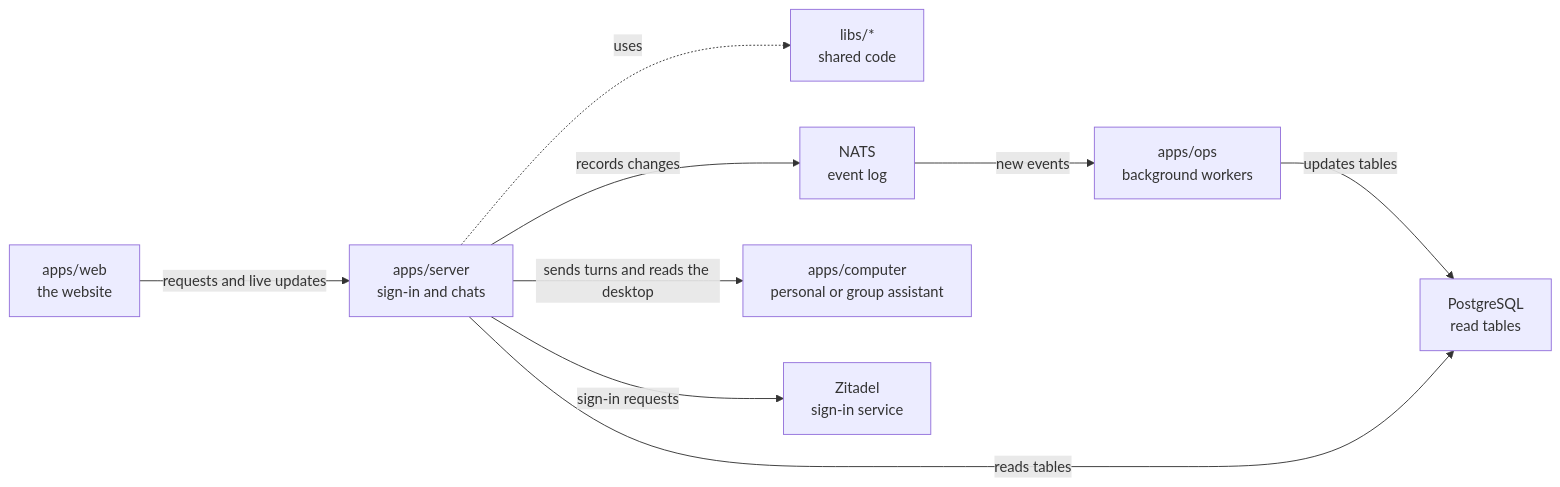
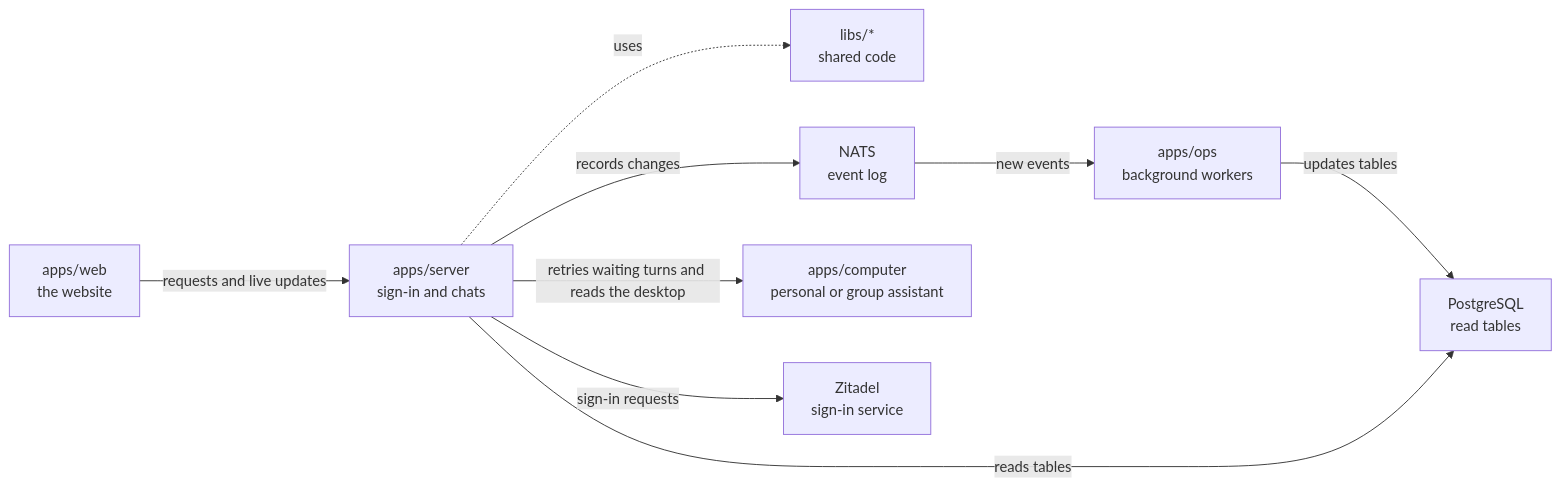
Before and after one commit to elewa-git/opencrane-new: the diagram in apps/server/README.md, drawn with Mermaid. The commit also changed other lines of this file and 6 other files, not shown here.

Commit message:
🐛 Retry waiting turns until the computer accepts them

````diff
--- a/apps/server/README.md
+++ b/apps/server/README.md
@@ -11,11 +11,11 @@
 ```mermaid
 flowchart LR
   web["apps/web<br/>the website"] -->|requests and live updates| server["apps/server<br/>sign-in and chats"]
   server -.->|uses| libs["libs/*<br/>shared code"]
   server -->|records changes| nats["NATS<br/>event log"]
   nats -->|new events| ops["apps/ops<br/>background workers"]
   ops -->|updates tables| postgres["PostgreSQL<br/>read tables"]
   server -->|reads tables| postgres
-  server -->|sends turns and reads the desktop| computer["apps/computer<br/>personal or group assistant"]
+  server -->|retries waiting turns and reads the desktop| computer["apps/computer<br/>personal or group assistant"]
   server -->|sign-in requests| zitadel["Zitadel<br/>sign-in service"]
 ```
````
